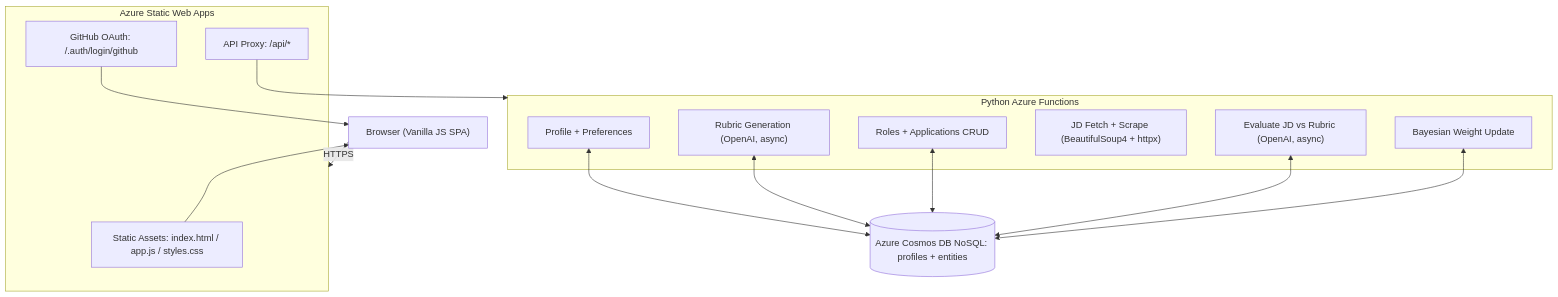
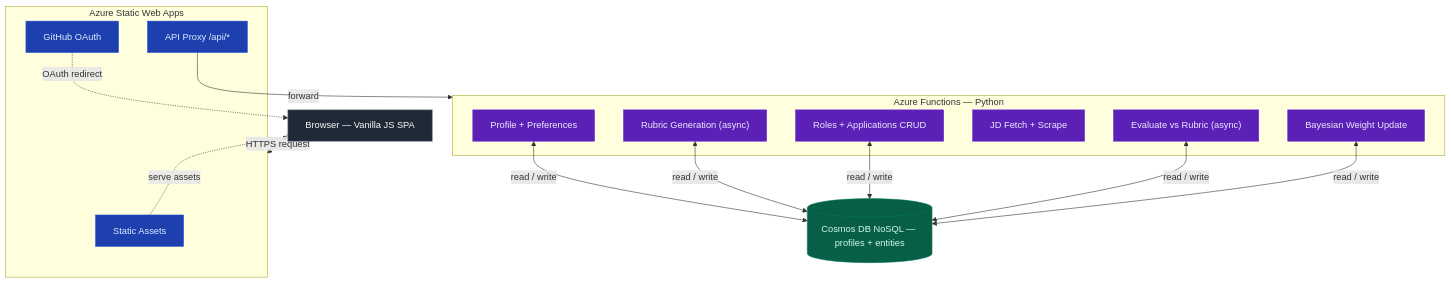
The first of 2 diagrams in README.md (codexsameen/job-role-evaluator), drawn with Mermaid before and after one commit.

Commit message:
Add color-coded tier styling and labeled arrows to architecture diagram

````diff
--- a/README.md
+++ b/README.md
@@ -29,31 +29,41 @@
 ```mermaid
 flowchart TD
-    Browser["Browser (Vanilla JS SPA)"]
+    Browser["Browser — Vanilla JS SPA"]
 
     subgraph SWA["Azure Static Web Apps"]
-        Static["Static Assets: index.html / app.js / styles.css"]
-        Auth["GitHub OAuth: /.auth/login/github"]
-        Proxy["API Proxy: /api/*"]
+        Static["Static Assets"]
+        Auth["GitHub OAuth"]
+        Proxy["API Proxy /api/*"]
     end
 
-    subgraph Functions["Python Azure Functions"]
+    subgraph Functions["Azure Functions — Python"]
         Profile["Profile + Preferences"]
-        Rubric["Rubric Generation (OpenAI, async)"]
+        Rubric["Rubric Generation (async)"]
         Roles["Roles + Applications CRUD"]
-        Fetch["JD Fetch + Scrape (BeautifulSoup4 + httpx)"]
-        Evaluate["Evaluate JD vs Rubric (OpenAI, async)"]
+        Fetch["JD Fetch + Scrape"]
+        Evaluate["Evaluate vs Rubric (async)"]
         Bayes["Bayesian Weight Update"]
     end
 
-    CosmosDB[("Azure Cosmos DB NoSQL: profiles + entities")]
+    CosmosDB[("Cosmos DB NoSQL — profiles + entities")]
 
-    Browser -- HTTPS --> SWA
-    Static --> Browser
-    Auth --> Browser
-    Proxy --> Functions
-    Profile <--> CosmosDB
-    Rubric <--> CosmosDB
-    Roles <--> CosmosDB
-    Evaluate <--> CosmosDB
-    Bayes <--> CosmosDB
+    Browser  -->|HTTPS request| SWA
+    Static   -.->|serve assets| Browser
+    Auth     -.->|OAuth redirect| Browser
+    Proxy    -->|forward| Functions
+    Profile  <-->|read / write| CosmosDB
+    Rubric   <-->|read / write| CosmosDB
+    Roles    <-->|read / write| CosmosDB
+    Evaluate <-->|read / write| CosmosDB
+    Bayes    <-->|read / write| CosmosDB
+
+    classDef client   fill:#1f2937,stroke:#6b7280,color:#f9fafb
+    classDef hosting  fill:#1e40af,stroke:#1d4ed8,color:#dbeafe
+    classDef compute  fill:#5b21b6,stroke:#6d28d9,color:#ede9fe
+    classDef storage  fill:#065f46,stroke:#047857,color:#d1fae5
+
+    class Browser client
+    class Static,Auth,Proxy hosting
+    class Profile,Rubric,Roles,Fetch,Evaluate,Bayes compute
+    class CosmosDB storage
 ```
````
